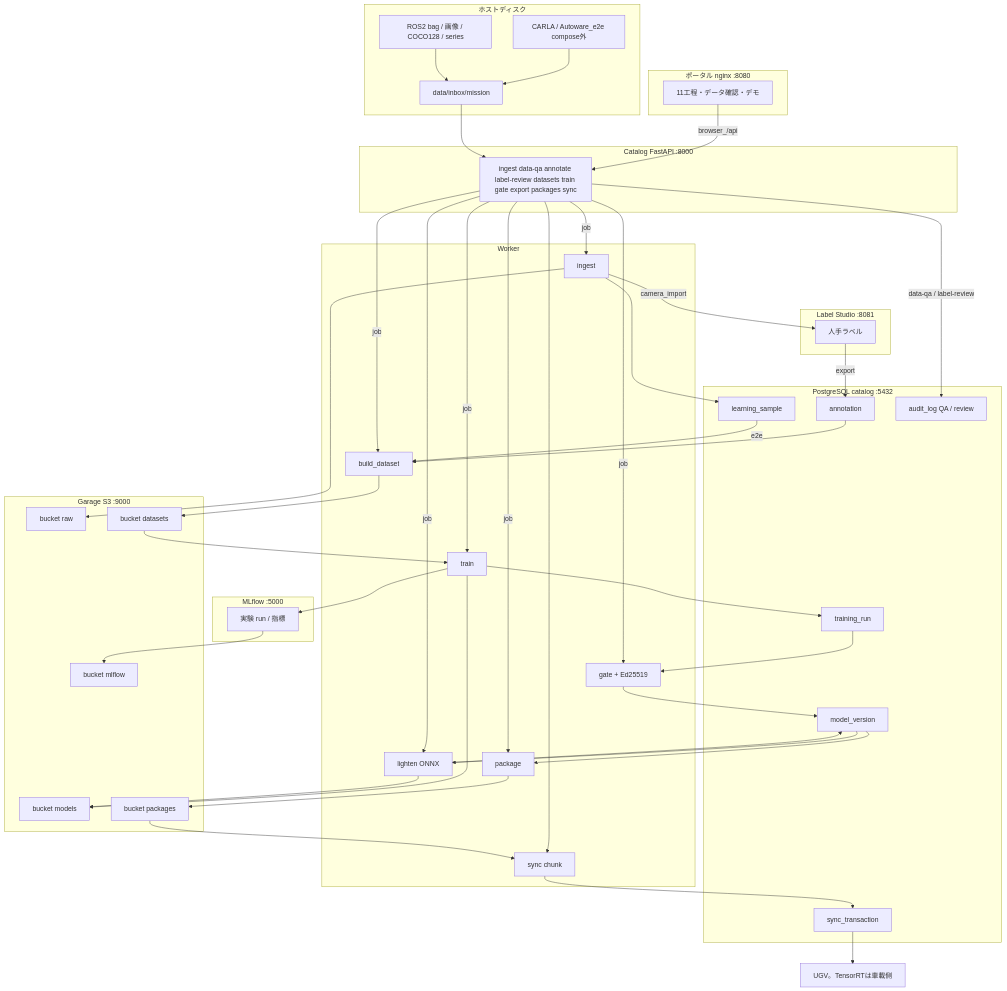
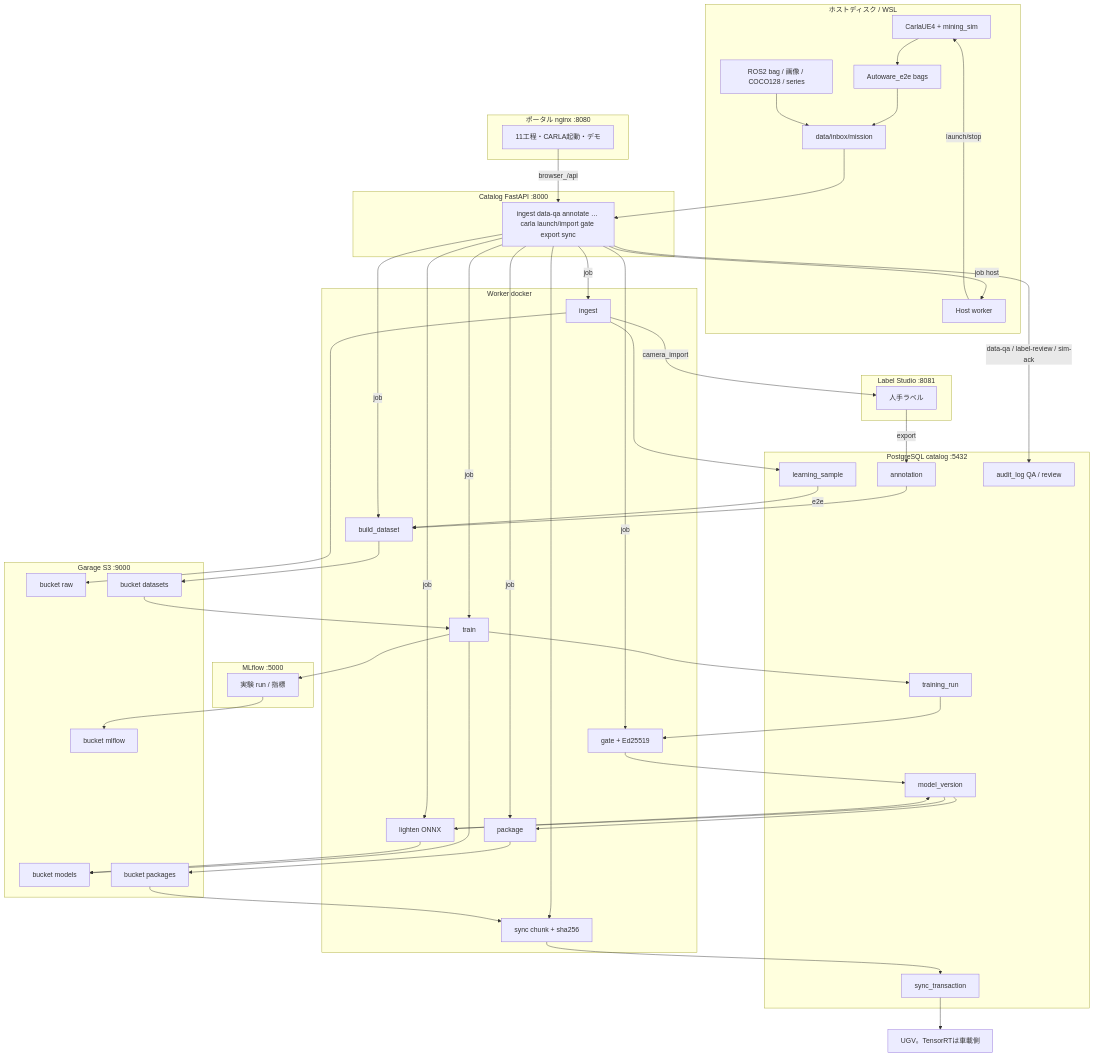
Before and after one commit to xeno1983/MLOPs_DEV: the second of 4 diagrams in docs/design.md, drawn with Mermaid. The commit also changed other lines of this file and 27 other files, not shown here.

First line of the commit message:
Link AutoE2E training and fix portal CARLA host launch.

````diff
--- a/docs/design.md
+++ b/docs/design.md
@@ -176,29 +190,33 @@
 ```mermaid
 flowchart TB
-  subgraph host["ホストディスク"]
-    SIM["CARLA / Autoware_e2e compose外"]
+  subgraph host["ホストディスク / WSL"]
+    SIM["CarlaUE4 + mining_sim"]
+    AW["Autoware_e2e bags"]
     BAG["ROS2 bag / 画像 / COCO128 / series"]
     INBOX["data/inbox/mission"]
-    SIM --> INBOX
+    HW["Host worker"]
+    SIM --> AW
+    AW --> INBOX
     BAG --> INBOX
+    HW -->|launch/stop| SIM
   end
 
   subgraph ui["ポータル nginx :8080"]
-    PORTAL["11工程・データ確認・デモ"]
+    PORTAL["11工程・CARLA起動・デモ"]
   end
 
   subgraph ctl["Catalog FastAPI :8000"]
-    API["ingest data-qa annotate label-review datasets train gate export packages sync"]
+    API["ingest data-qa annotate … carla launch/import gate export sync"]
   end
 
-  subgraph wrk["Worker"]
+  subgraph wrk["Worker docker"]
     ING["ingest"]
     BLD["build_dataset"]
     TR["train"]
     GATE["gate + Ed25519"]
     EXP["lighten ONNX"]
     PKG["package"]
-    SYNC["sync chunk"]
+    SYNC["sync chunk + sha256"]
   end
 
   subgraph pg["PostgreSQL catalog :5432"]
@@ -227,11 +245,12 @@
   end
 
   PORTAL -->|browser_/api| API
+  API -->|job host| HW
   INBOX --> API
   API -->|job| ING
   ING --> RAW
   ING --> LSAMP
-  API -->|data-qa / label-review| AUD
+  API -->|data-qa / label-review / sim-ack| AUD
   ING -->|camera_import| LSIM
   LSIM -->|export| ANN
   API -->|job| BLD
````
